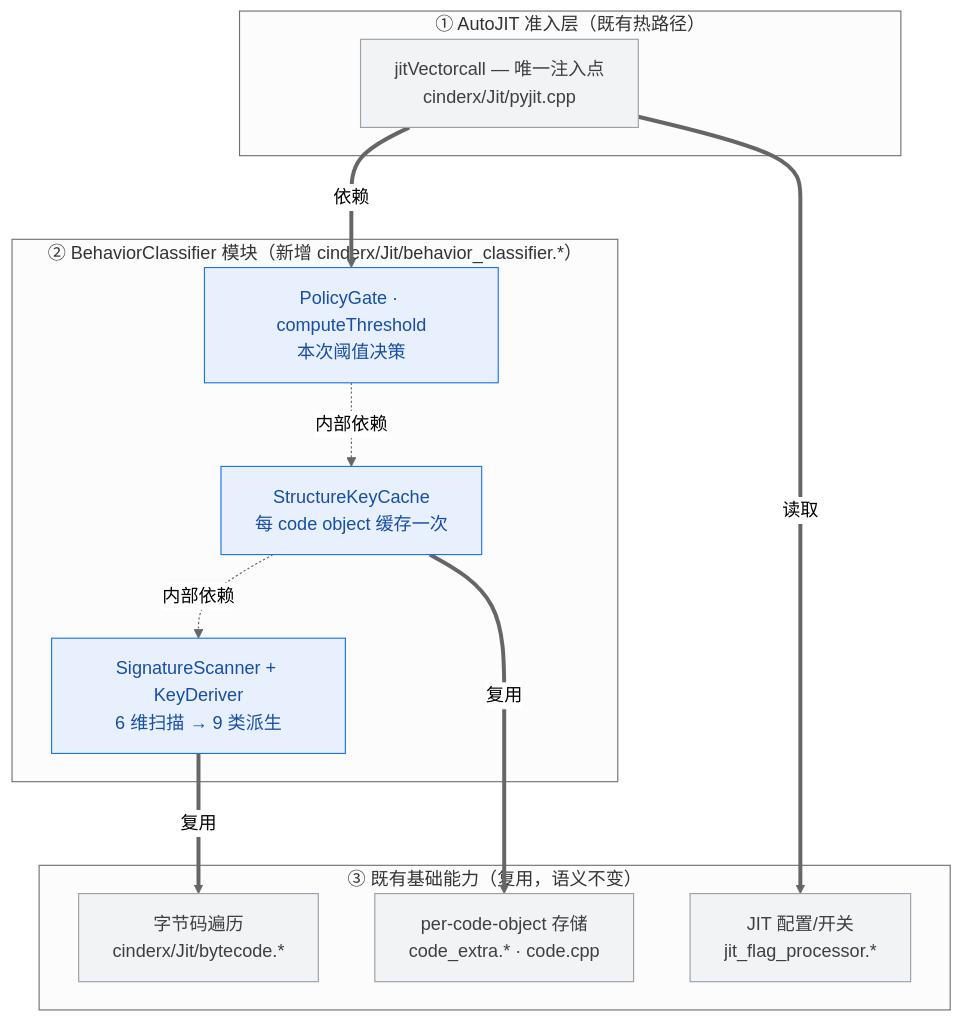
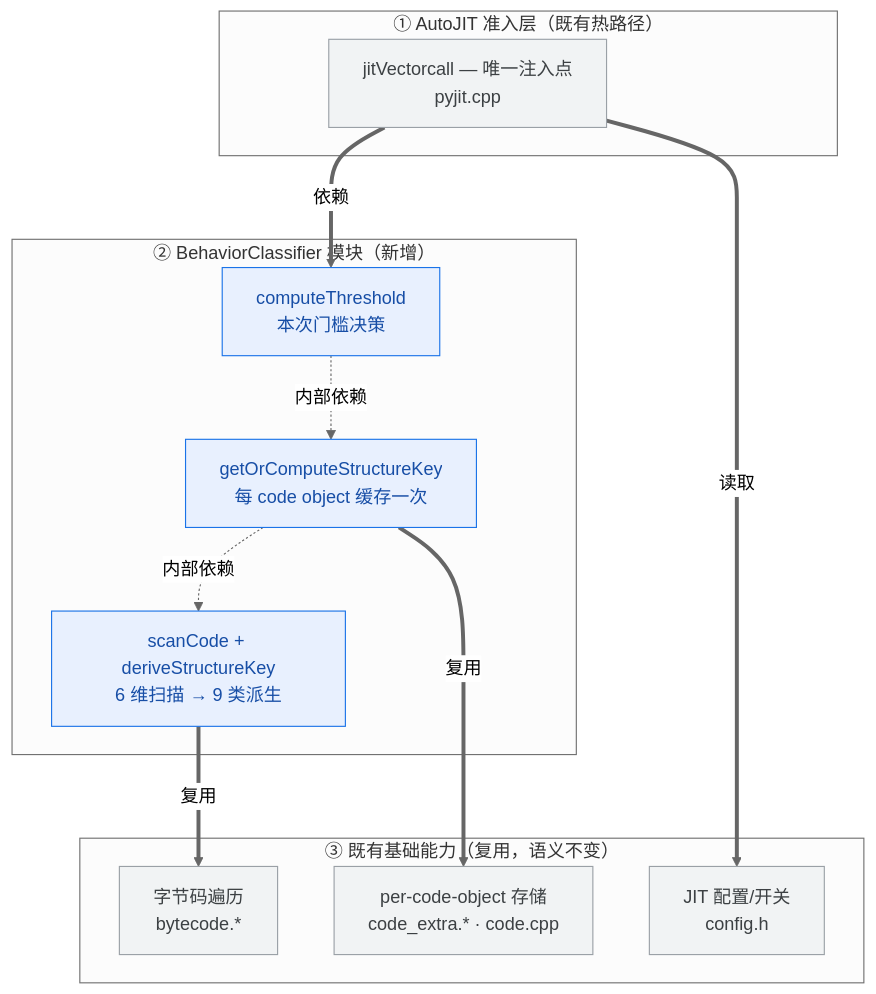
The sixth of 9 diagrams in docs/design/autojit-behavior-classification/【功能设计】AutoJIT 行为模式分类.md (Cookie4Cat/cinderx-dev), drawn with Mermaid (neutral theme) before and after one commit. The commit also changed other lines of this file, not shown here.

First line of the commit message:
docs(jit): rewrite AutoJIT behavior classification design doc for readability

````diff
--- a/docs/design/autojit-behavior-classification/【功能设计】AutoJIT 行为模式分类.md
+++ b/docs/design/autojit-behavior-classification/【功能设计】AutoJIT 行为模式分类.md
@@ -335,30 +277,27 @@
 ```mermaid
 flowchart TB
   subgraph L1["① AutoJIT 准入层（既有热路径）"]
-    Gate["jitVectorcall — 唯一注入点<br/>cinderx/Jit/pyjit.cpp"]
+    Gate["jitVectorcall — 唯一注入点<br/>pyjit.cpp"]
   end
-
-  subgraph L2["② BehaviorClassifier 模块（新增 cinderx/Jit/behavior_classifier.*）"]
-    Policy["PolicyGate · computeThreshold<br/>本次阈值决策"]
-    Cache["StructureKeyCache<br/>每 code object 缓存一次"]
-    Scanner["SignatureScanner + KeyDeriver<br/>6 维扫描 → 9 类派生"]
+  subgraph L2["② BehaviorClassifier 模块（新增）"]
+    Policy["computeThreshold<br/>本次门槛决策"]
+    Cache["getOrComputeStructureKey<br/>每 code object 缓存一次"]
+    Scanner["scanCode + deriveStructureKey<br/>6 维扫描 → 9 类派生"]
     Policy -.内部依赖.-> Cache
     Cache -.内部依赖.-> Scanner
   end
-
   subgraph L3["③ 既有基础能力（复用，语义不变）"]
-    Bytecode["字节码遍历<br/>cinderx/Jit/bytecode.*"]
+    Bytecode["字节码遍历<br/>bytecode.*"]
     CodeStore["per-code-object 存储<br/>code_extra.* · code.cpp"]
-    Config["JIT 配置/开关<br/>jit_flag_processor.*"]
+    Config["JIT 配置/开关<br/>config.h"]
   end
-
   Gate ==>|依赖| Policy
   Scanner ==>|复用| Bytecode
   Cache ==>|复用| CodeStore
   Gate ==>|读取| Config
 
   classDef newmod fill:#e8f0fe,stroke:#1a73e8,color:#174ea6;
   classDef existmod fill:#f1f3f4,stroke:#9aa0a6,color:#3c4043;
   class Gate,Bytecode,CodeStore,Config existmod;
   class Policy,Cache,Scanner newmod;
 ```
````
